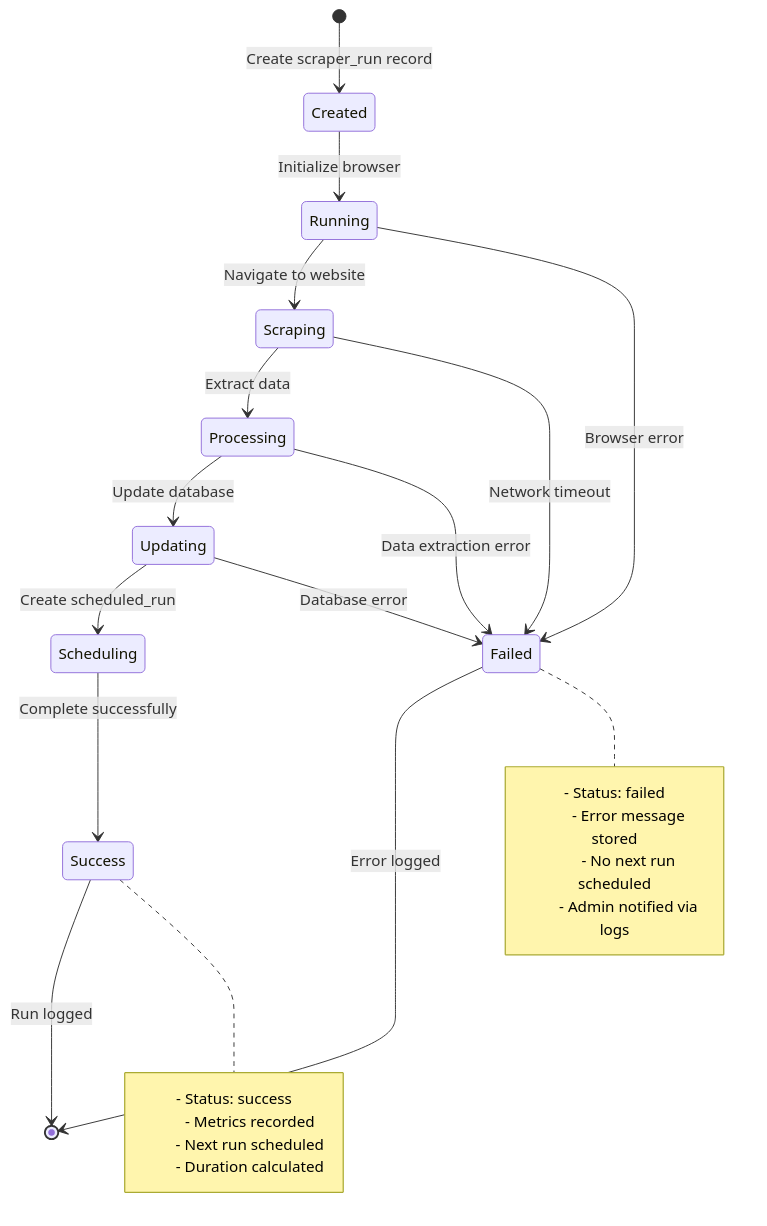
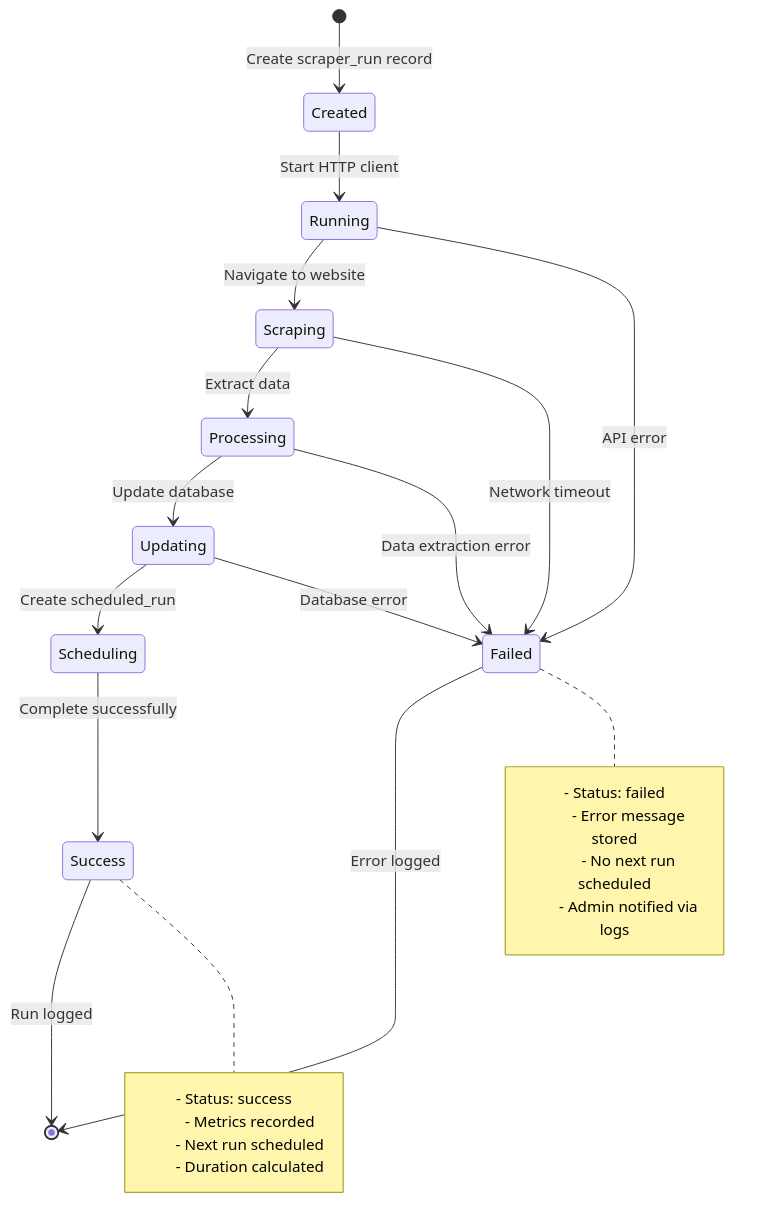
Before and after one commit to shelly-nas/supermarket-scraper: the seventh of 12 diagrams in docs/FUNCTIONAL_DESIGN.md, drawn with Mermaid. The commit also changed other lines of this file and 6 other files, not shown here.

First line of the commit message:
feat(plus): read plus.nl over plain HTTP, no browser

````diff
--- a/docs/FUNCTIONAL_DESIGN.md
+++ b/docs/FUNCTIONAL_DESIGN.md
@@ -1051,32 +1058,32 @@
 ```mermaid
 stateDiagram-v2
     [*] --> Created: Create scraper_run record
-    Created --> Running: Initialize browser
+    Created --> Running: Start HTTP client
     Running --> Scraping: Navigate to website
     Scraping --> Processing: Extract data
     Processing --> Updating: Update database
     Updating --> Scheduling: Create scheduled_run
     Scheduling --> Success: Complete successfully
 
-    Running --> Failed: Browser error
+    Running --> Failed: API error
     Scraping --> Failed: Network timeout
     Processing --> Failed: Data extraction error
     Updating --> Failed: Database error
 
     Success --> [*]: Run logged
     Failed --> [*]: Error logged
 
     note right of Success
         - Status: success
         - Metrics recorded
         - Next run scheduled
         - Duration calculated
     end note
 
     note right of Failed
         - Status: failed
         - Error message stored
         - No next run scheduled
         - Admin notified via logs
     end note
 ```
````
